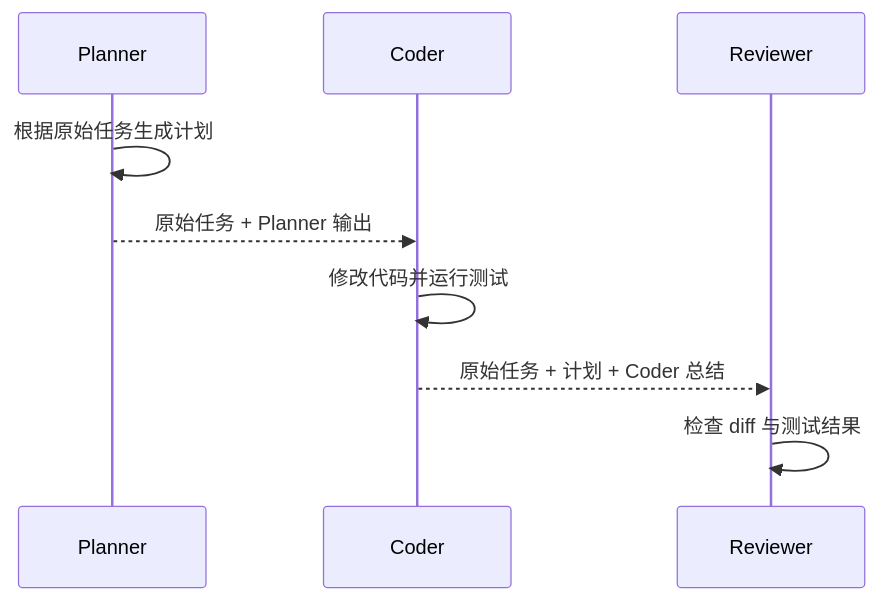
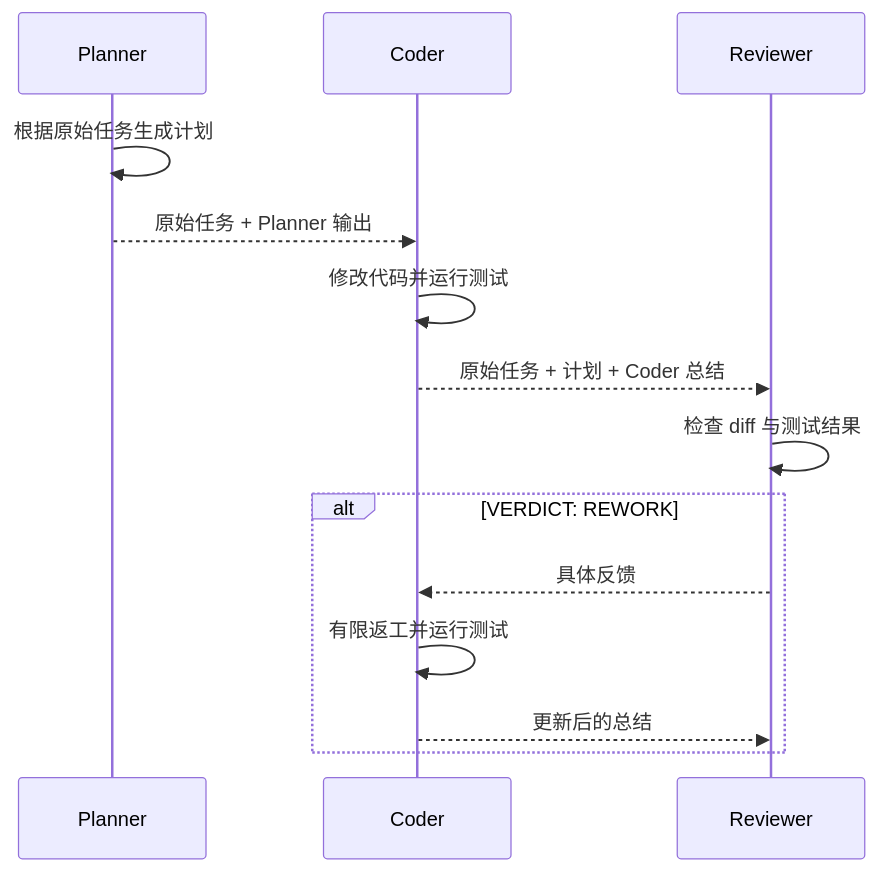
The fourth of 4 diagrams in docs/PROJECT_ARCHITECTURE.md (PinelliaChill/Operant), drawn with Mermaid before and after one commit. The commit also changed other lines of this file and 15 other files, not shown here.

````diff
--- a/docs/PROJECT_ARCHITECTURE.md
+++ b/docs/PROJECT_ARCHITECTURE.md
@@ -565,12 +622,17 @@
 ```mermaid
 sequenceDiagram
     participant P as Planner
     participant C as Coder
     participant R as Reviewer
 
     P->>P: 根据原始任务生成计划
     P-->>C: 原始任务 + Planner 输出
     C->>C: 修改代码并运行测试
     C-->>R: 原始任务 + 计划 + Coder 总结
     R->>R: 检查 diff 与测试结果
+    alt VERDICT: REWORK
+        R-->>C: 具体反馈
+        C->>C: 有限返工并运行测试
+        C-->>R: 更新后的总结
+    end
 ```
````
